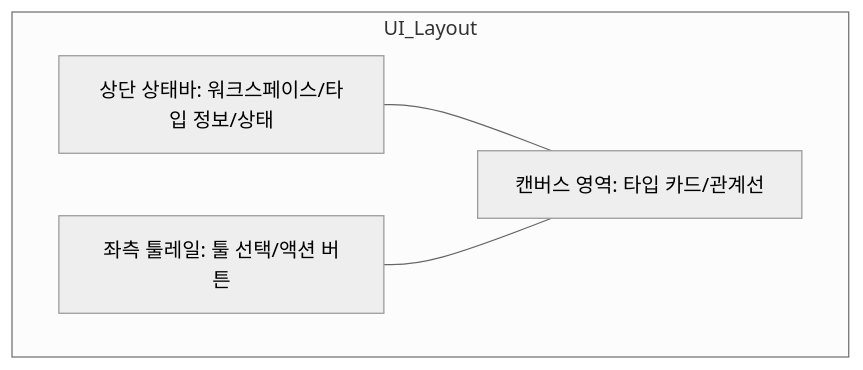
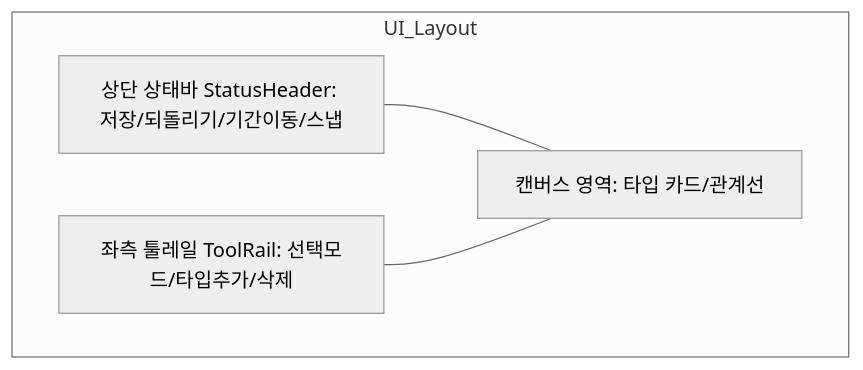
Before and after one commit to sayaya1090/handbook: the first of 15 diagrams in type-ui/USECASE.md, drawn with Mermaid (neutral theme). The commit also changed other lines of this file and 7 other files, not shown here.

````diff
--- a/type-ui/USECASE.md
+++ b/type-ui/USECASE.md
@@ -7,11 +7,11 @@
 ```mermaid
 graph TD
     subgraph UI_Layout
-        Header[상단 상태바: 워크스페이스/타입 정보/상태]
-        ToolRail[좌측 툴레일: 툴 선택/액션 버튼]
+        Header[상단 상태바 StatusHeader: 저장/되돌리기/기간이동/스냅]
+        ToolRail[좌측 툴레일 ToolRail: 선택모드/타입추가/삭제]
         Canvas[캔버스 영역: 타입 카드/관계선]
     end
     
     Header --- Canvas
     ToolRail --- Canvas
 ```
````
